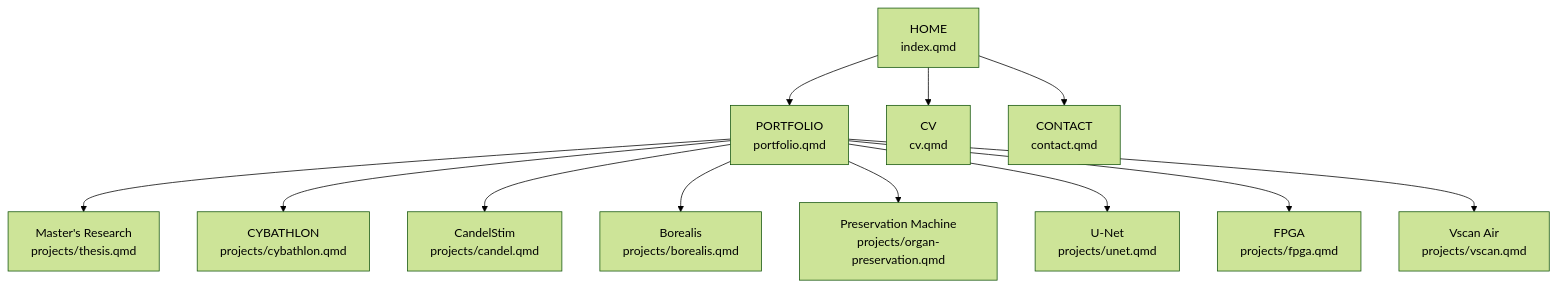
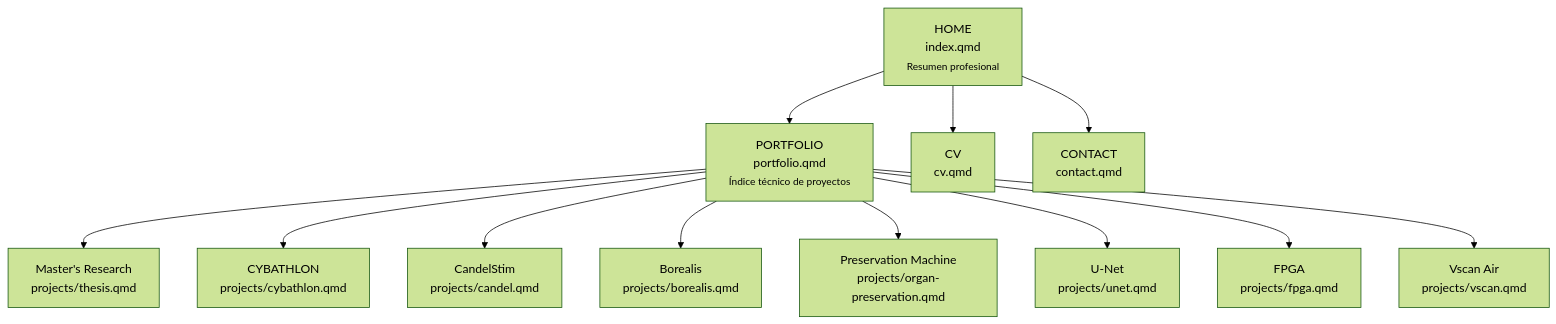
The diagram in SITE_STRUCTURE.md (Eoweo/CarlosMoreno.github.io), drawn with Mermaid (forest theme) before and after one commit. The commit also changed other lines of this file and 12 other files, not shown here.

````diff
--- a/SITE_STRUCTURE.md
+++ b/SITE_STRUCTURE.md
@@ -6,20 +11,20 @@
 ```mermaid
 flowchart TD
-    HOME["HOME<br/>index.qmd"]
-    PORT["PORTFOLIO<br/>portfolio.qmd"]
+    HOME["HOME<br/>index.qmd<br/><small>Resumen profesional</small>"]
+    PORT["PORTFOLIO<br/>portfolio.qmd<br/><small>Índice técnico de proyectos</small>"]
     CV["CV<br/>cv.qmd"]
     CONTACT["CONTACT<br/>contact.qmd"]
 
     HOME --> PORT
     HOME --> CV
     HOME --> CONTACT
 
     PORT --> THESIS["Master's Research<br/>projects/thesis.qmd"]
     PORT --> CYB["CYBATHLON<br/>projects/cybathlon.qmd"]
     PORT --> CANDEL["CandelStim<br/>projects/candel.qmd"]
     PORT --> BOR["Borealis<br/>projects/borealis.qmd"]
     PORT --> PRES["Preservation Machine<br/>projects/organ-preservation.qmd"]
     PORT --> UNET["U-Net<br/>projects/unet.qmd"]
     PORT --> FPGA["FPGA<br/>projects/fpga.qmd"]
     PORT --> VSCAN["Vscan Air<br/>projects/vscan.qmd"]
 ```
````
